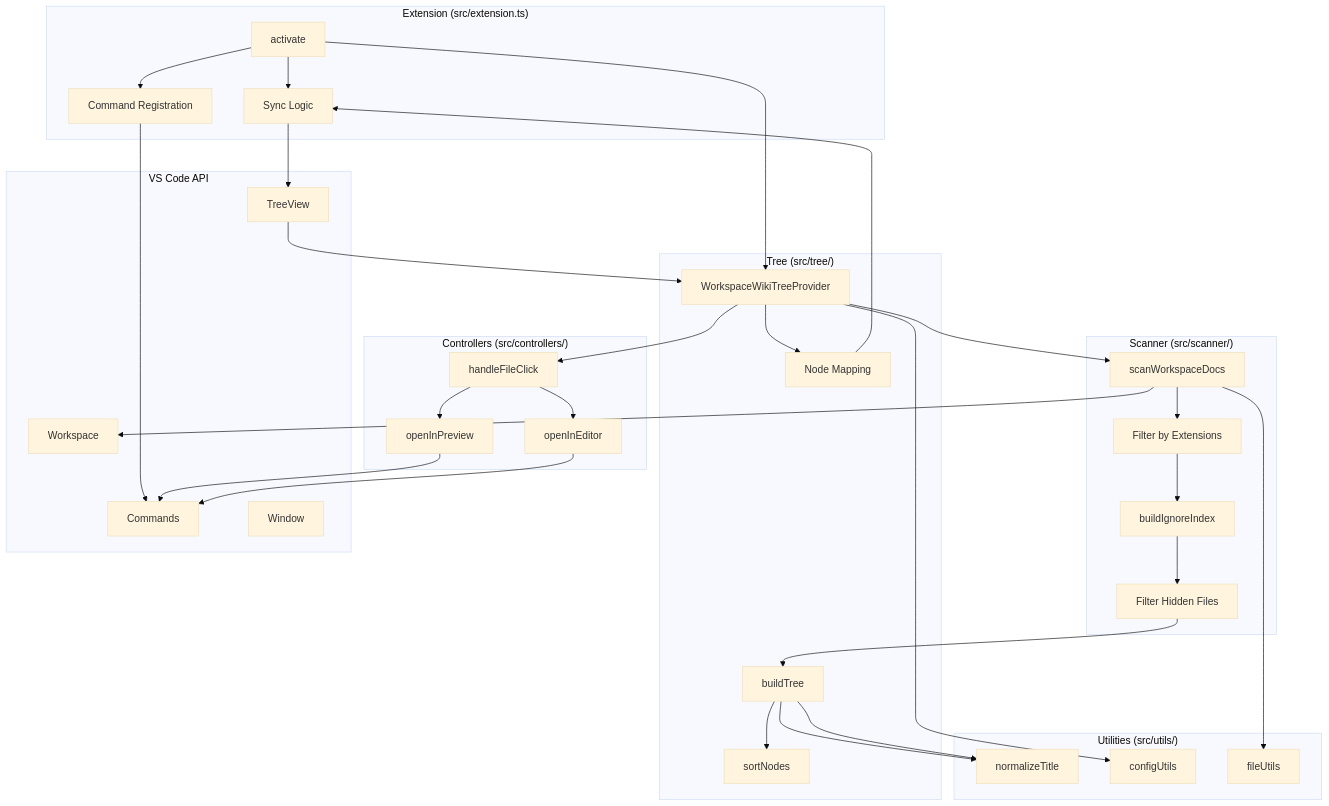
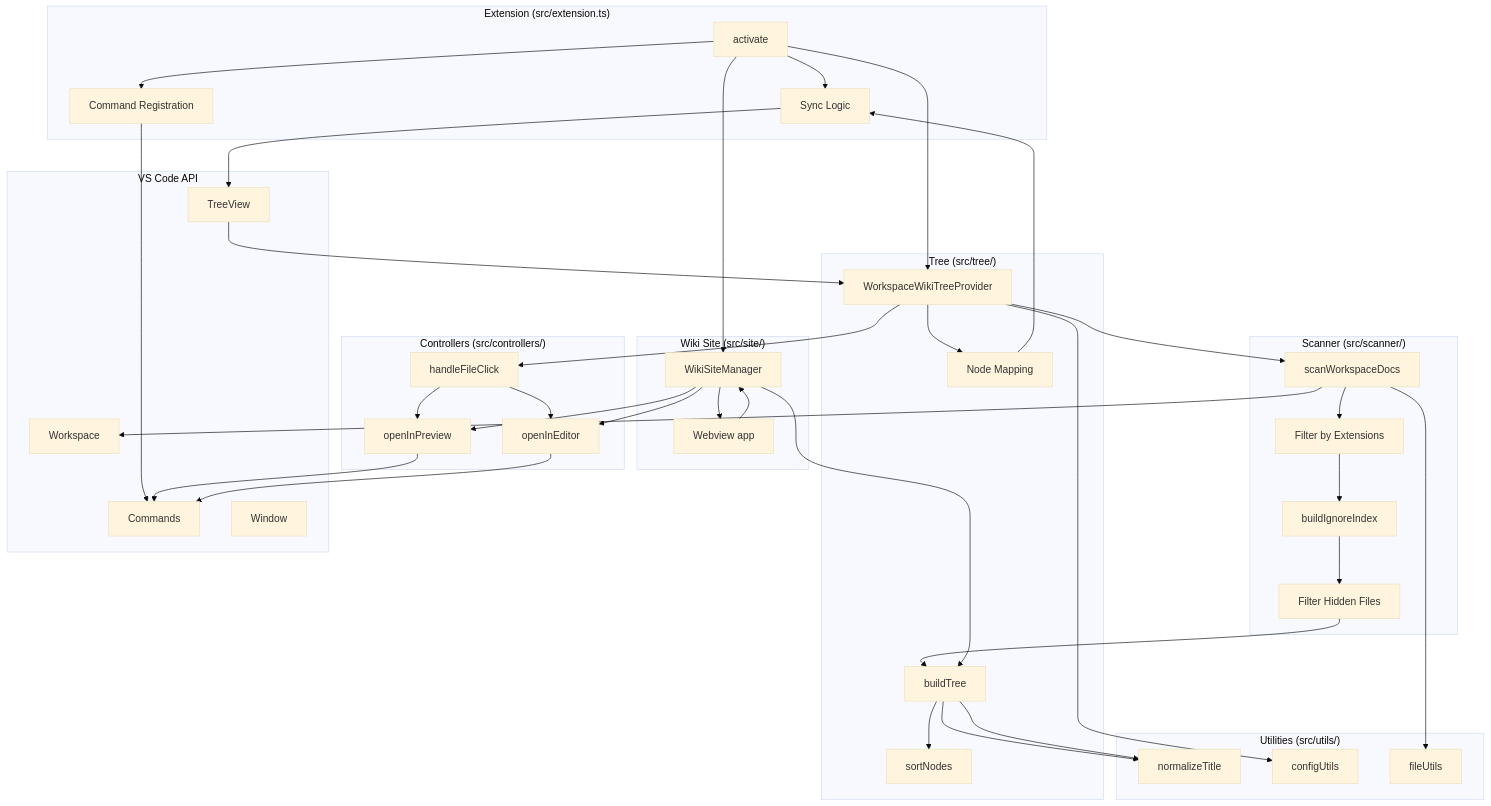
One commit to AlexJSully/workspace-wiki changed the first of 2 diagrams in docs/architecture/index.md. Above: the diagram before and after it, drawn with Mermaid (base theme). The commit also changed other lines of this file and 91 other files, not shown here.

First line of the commit message:
Add Wiki Site web view with navigation, search, and themes (#51)

````diff
--- a/docs/architecture/index.md
+++ b/docs/architecture/index.md
@@ -67,7 +83,7 @@
 ```mermaid
 flowchart TB
     accTitle: Workspace Wiki Extension Architecture
-    accDescr: Shows the relationships between the main modules - Extension activation, Scanner, Tree Provider, Controllers, Utilities, and the VS Code API they all interact with.
+    accDescr: Shows the relationships between the main modules - Extension activation, Scanner, Tree Provider, Wiki Site, Controllers, Utilities, and the VS Code API they all interact with.
     subgraph Extension["Extension (src/extension.ts)"]
         A[activate]
         B[Command Registration]
@@ -86,6 +102,11 @@
         I[buildTree]
         J[sortNodes]
         K[Node Mapping]
+    end
+
+    subgraph Site["Wiki Site (src/site/)"]
+        V[WikiSiteManager]
+        W[Webview app]
     end
 
     subgraph Controllers["Controllers (src/controllers/)"]
@@ -131,6 +152,13 @@
     M --> S
     N --> S
 
+    A --> V
+    V --> I
+    V --> W
+    W --> V
+    V --> M
+    V --> N
+
     D --> T
     H --> P
     I --> O
````
